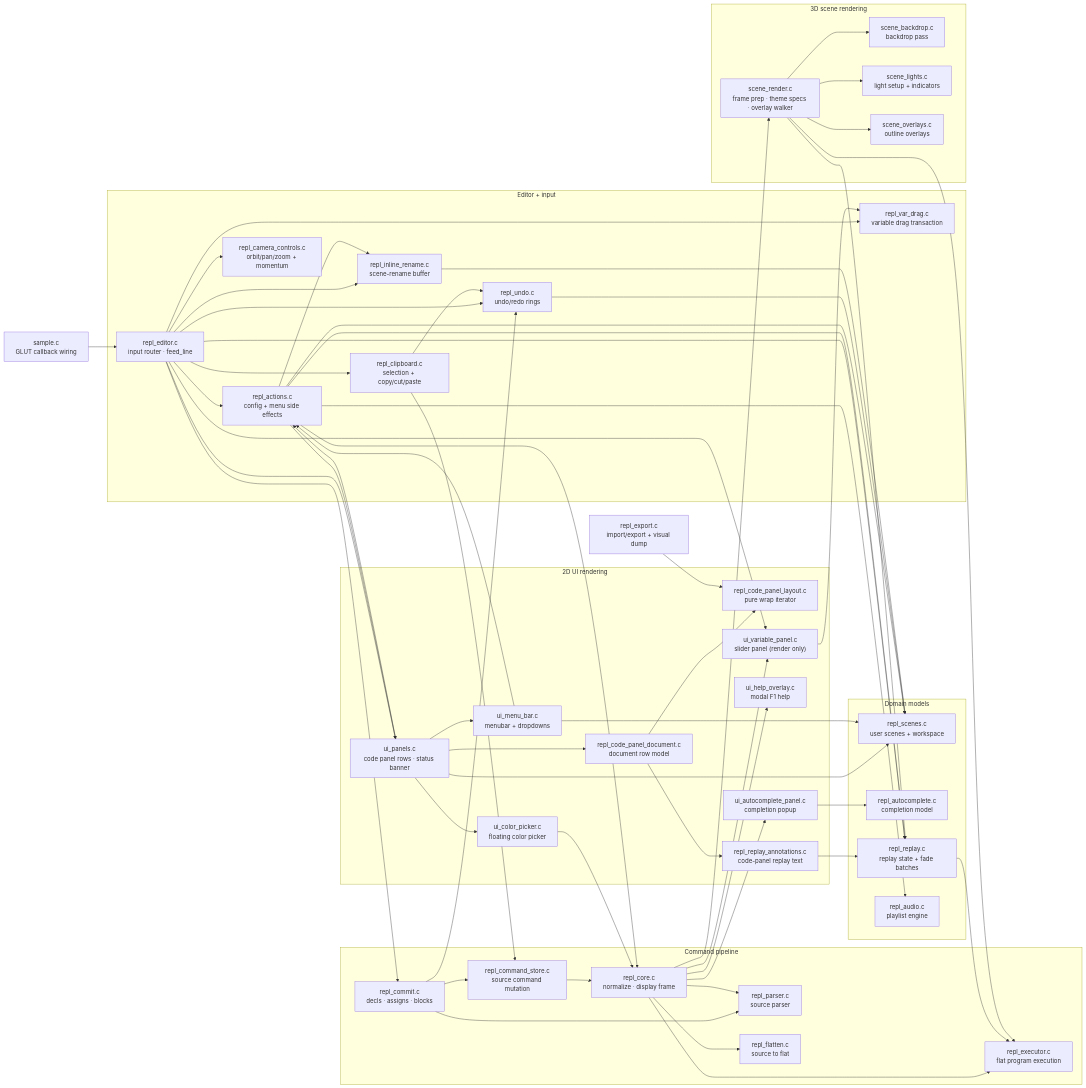
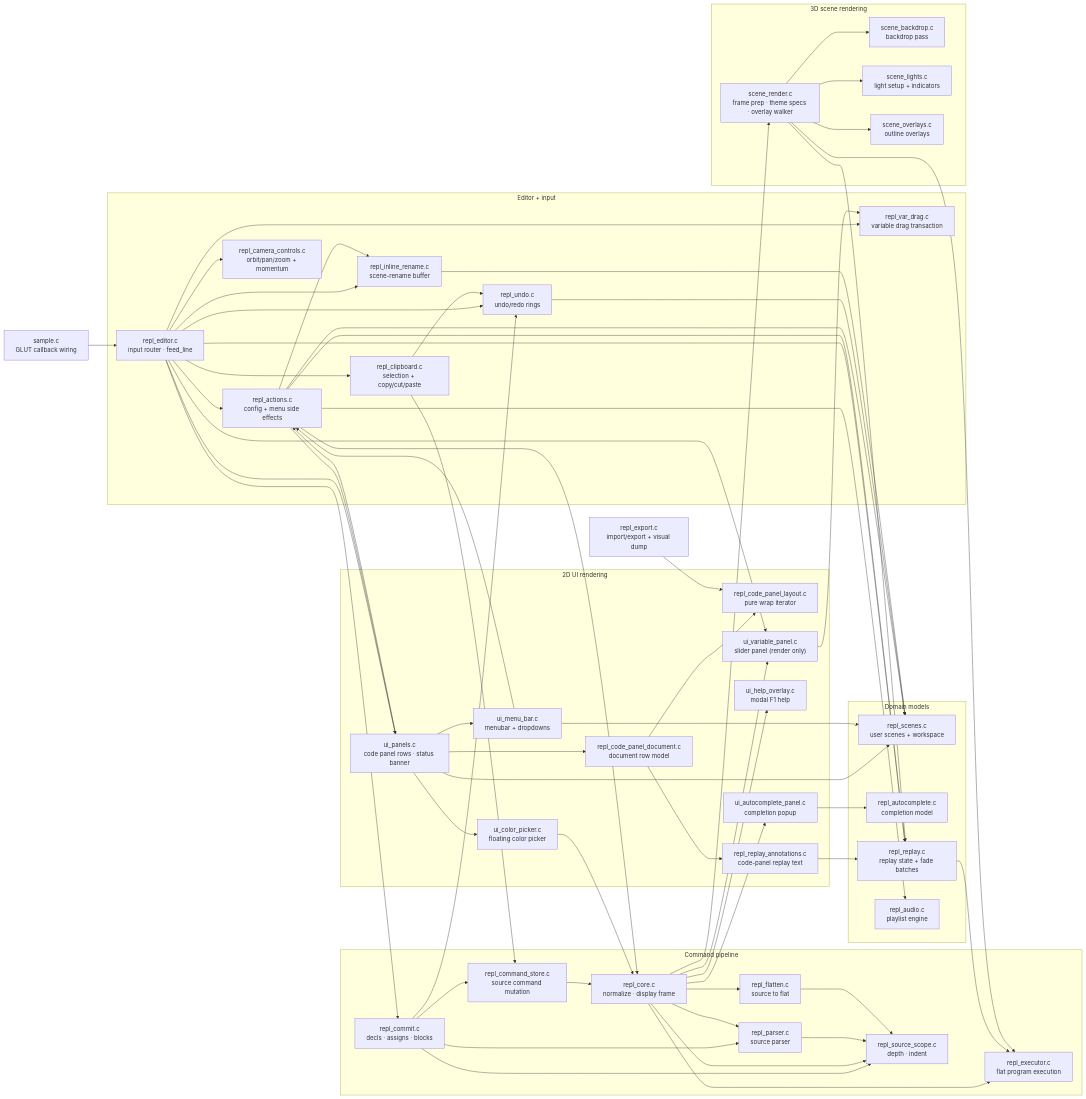
The diagram in MODULES.md (drewwoods/gl-repl), drawn with Mermaid before and after one commit. The commit also changed other lines of this file and 18 other files, not shown here.

First line of the commit message:
refactor: pass parser source context

```diff
--- a/MODULES.md
+++ b/MODULES.md
@@ -116,6 +117,7 @@
     subgraph pipeline["Command pipeline"]
         core["repl_core.c<br/>normalize · display frame"]
         parser["repl_parser.c<br/>source parser"]
+        scope["repl_source_scope.c<br/>depth · indent"]
         flatten["repl_flatten.c<br/>source to flat"]
         exec["repl_executor.c<br/>flat program execution"]
         commit["repl_commit.c<br/>decls · assigns · blocks"]
@@ -184,11 +186,13 @@
     clipboard --> store
     commit --> undo
     commit --> parser
+    commit --> scope
     commit --> store
     undo --> scenes
     store --> core
 
     core --> parser
+    core --> scope
     core --> flatten
     core --> exec
     core --> sceneR
@@ -207,6 +211,9 @@
     sceneR --> lights
     sceneR --> overlays
 
+    parser --> scope
+    flatten --> scope
+
     uicp --> actions
     uicp --> scenes
     uicp --> docrows
```
